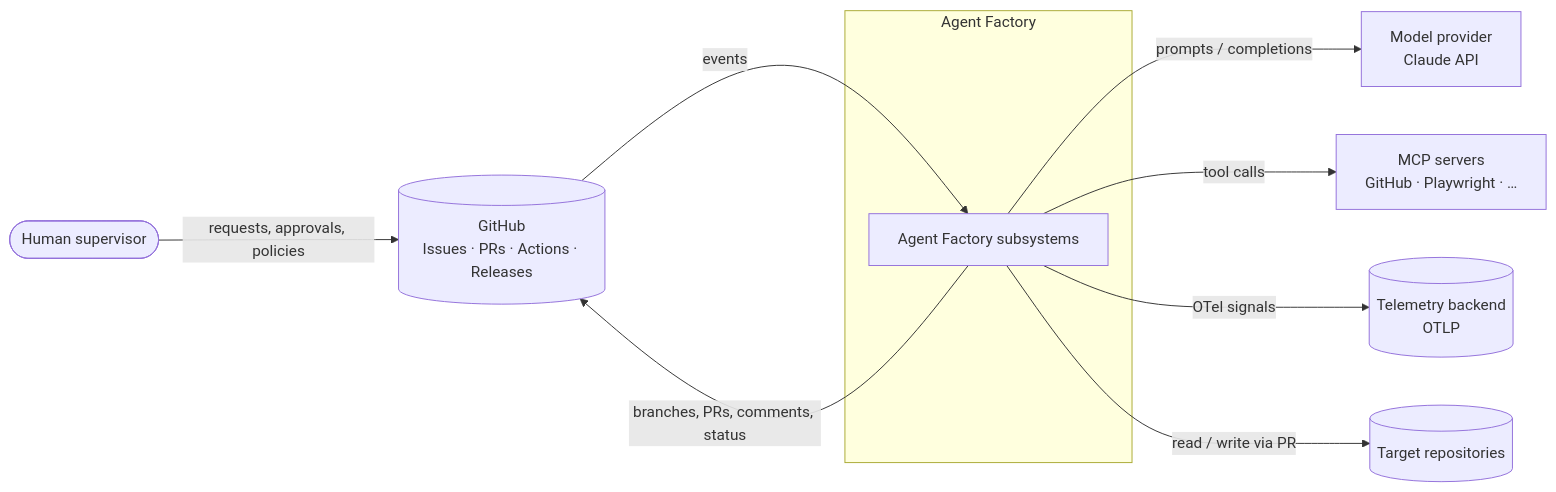
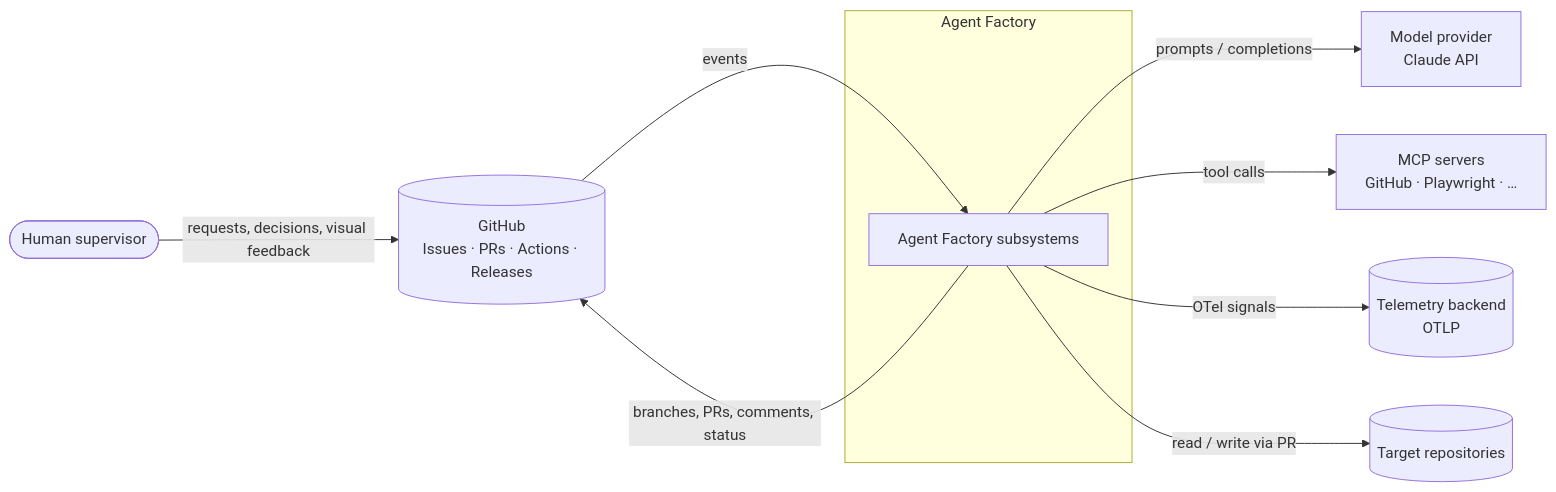
Before and after one commit to albergm02/agent-factory: the first of 3 diagrams in docs/architecture/system-overview.md, drawn with Mermaid. The commit also changed other lines of this file and 3 other files, not shown here.

First line of the commit message:
docs: ADR-0002 agent-merged PRs and human decisions via GitHub Discussions (#2)

````diff
--- a/docs/architecture/system-overview.md
+++ b/docs/architecture/system-overview.md
@@ -63,20 +63,20 @@
 ```mermaid
 flowchart LR
     human([Human supervisor])
     subgraph AF[Agent Factory]
         core[Agent Factory subsystems]
     end
     gh[(GitHub<br/>Issues · PRs · Actions · Releases)]
     model[Model provider<br/>Claude API]
     mcp[MCP servers<br/>GitHub · Playwright · …]
     otel[(Telemetry backend<br/>OTLP)]
     target[(Target repositories)]
 
-    human -- requests, approvals, policies --> gh
+    human -- requests, decisions, visual feedback --> gh
     gh -- events --> core
     core -- branches, PRs, comments, status --> gh
     core -- prompts / completions --> model
     core -- tool calls --> mcp
     core -- OTel signals --> otel
     core -- read / write via PR --> target
 ```
````
